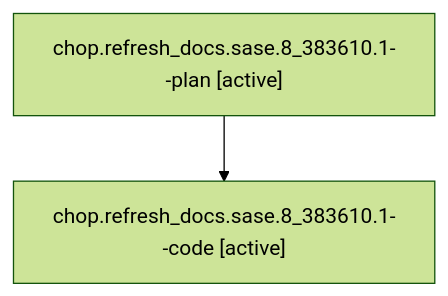
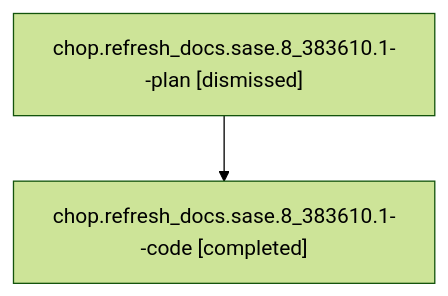
One commit to sase-org/sase--agents changed the diagram in families/bbugyi200.athena.chop.refresh_docs.sase.8_383610.1.md. Above: the diagram before and after it, drawn with Mermaid (forest theme). The commit also changed other lines of this file and 1973 other files, not shown here.

````diff
--- a/families/bbugyi200.athena.chop.refresh_docs.sase.8_383610.1.md
+++ b/families/bbugyi200.athena.chop.refresh_docs.sase.8_383610.1.md
@@ -9,6 +9,6 @@
 ```mermaid
 flowchart TD
-  n0["chop.refresh_docs.sase.8_383610.1--plan [active]"]
-  n1["chop.refresh_docs.sase.8_383610.1--code [active]"]
+  n0["chop.refresh_docs.sase.8_383610.1--plan [dismissed]"]
+  n1["chop.refresh_docs.sase.8_383610.1--code [completed]"]
   n0 --> n1
 ```
````
